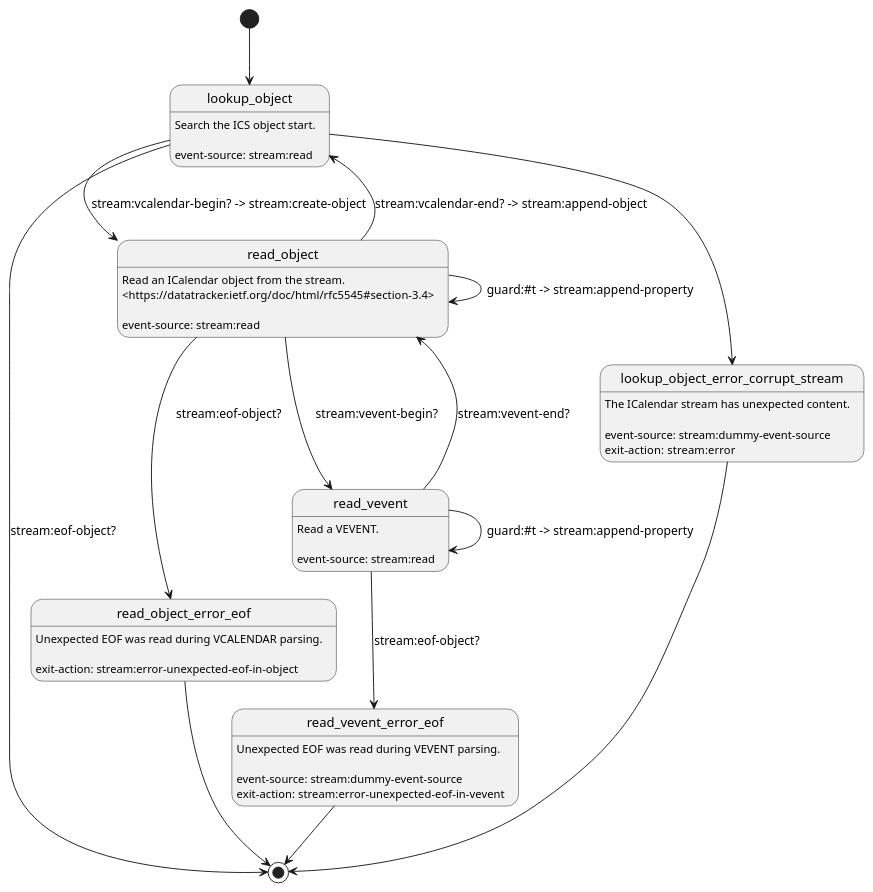
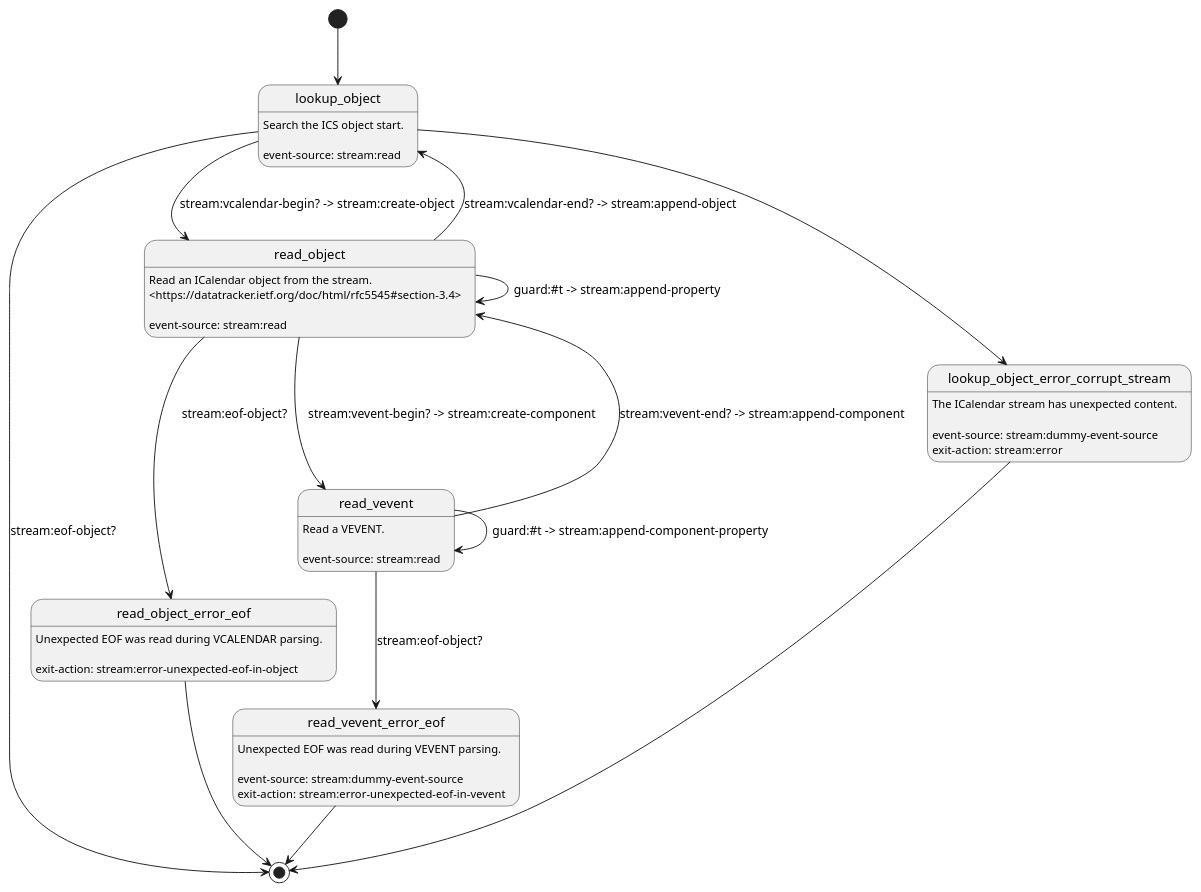
Before and after one commit to artyom-poptsov/guile-ics: the diagram in modules/ics/fsm/stream-parser.puml, drawn with PlantUML. The commit also changed 2 other files, not shown here.

Commit message:
modules/ics/fsm/stream-parser.puml: Bugfix
* modules/ics/fsm/stream-parser.puml: Bugfix: Handle iCalendar objects
  components.
* modules/ics/fsm/stream-context.scm (stream:create-component):
  (stream:append-component-property, stream:append-component): New procedures.
* tests/stream-parser.scm: Add new tests.

```diff
--- a/modules/ics/fsm/stream-parser.puml
+++ b/modules/ics/fsm/stream-parser.puml
@@ -1,44 +1,44 @@
 @startuml
 [*] --> lookup_object
 
 lookup_object: Search the ICS object start.
 lookup_object:
 lookup_object: event-source: stream:read
 lookup_object --> [*]:         stream:eof-object?
 lookup_object --> read_object: stream:vcalendar-begin? -> stream:create-object
 lookup_object --> lookup_object_error_corrupt_stream
 
 lookup_object_error_corrupt_stream: The ICalendar stream has unexpected content.
 lookup_object_error_corrupt_stream:
 lookup_object_error_corrupt_stream: event-source: stream:dummy-event-source
 lookup_object_error_corrupt_stream: exit-action:  stream:error
 lookup_object_error_corrupt_stream --> [*]
 
 read_object: Read an ICalendar object from the stream.
 read_object: <https://datatracker.ietf.org/doc/html/rfc5545#section-3.4>
 read_object:
 read_object: event-source: stream:read
 read_object --> read_object_error_eof:  stream:eof-object?
 read_object --> lookup_object:          stream:vcalendar-end? -> stream:append-object
-read_object --> read_vevent:            stream:vevent-begin?
+read_object --> read_vevent:            stream:vevent-begin? -> stream:create-component
 read_object --> read_object:            guard:#t -> stream:append-property
 
 read_object_error_eof: Unexpected EOF was read during VCALENDAR parsing.
 read_object_error_eof:
 read_object_error_eof: exit-action: stream:error-unexpected-eof-in-object
 read_object_error_eof -> [*]
 
 read_vevent: Read a VEVENT.
 read_vevent:
 read_vevent: event-source: stream:read
 read_vevent --> read_vevent_error_eof:  stream:eof-object?
-read_vevent --> read_object:            stream:vevent-end?
-read_vevent --> read_vevent:            guard:#t -> stream:append-property
+read_vevent --> read_object:            stream:vevent-end? -> stream:append-component
+read_vevent --> read_vevent:            guard:#t -> stream:append-component-property
 
 read_vevent_error_eof: Unexpected EOF was read during VEVENT parsing.
 read_vevent_error_eof:
 read_vevent_error_eof: event-source: stream:dummy-event-source
 read_vevent_error_eof: exit-action:  stream:error-unexpected-eof-in-vevent
 read_vevent_error_eof --> [*]
 
 @enduml
```
